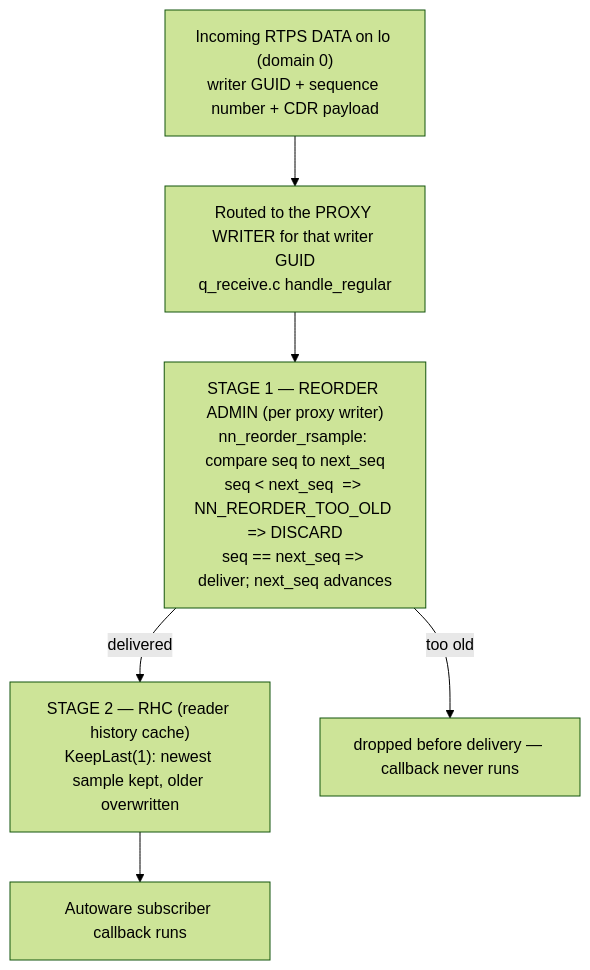
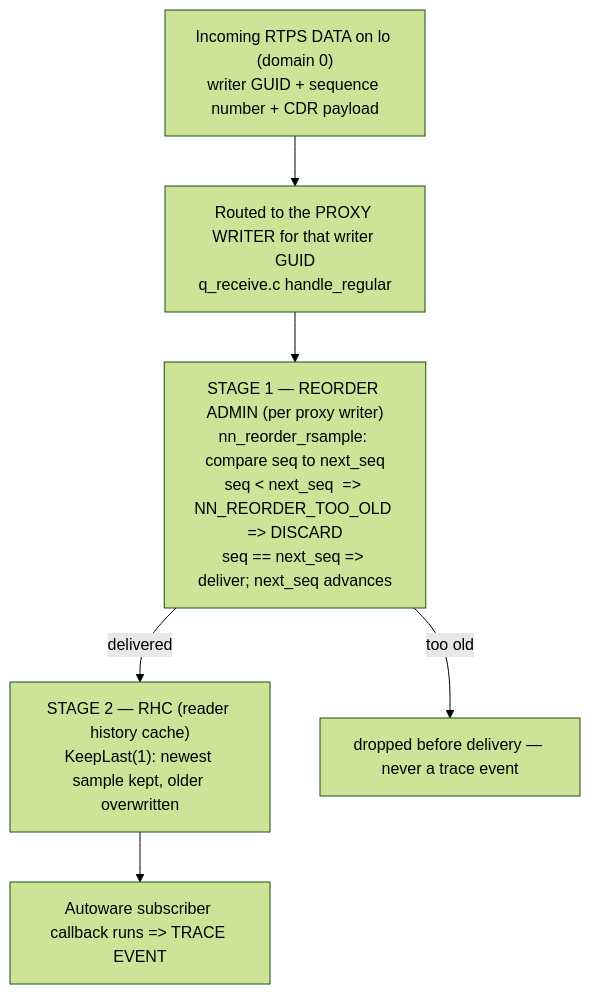
Before and after one commit to jpoanders/autoware-stack-notes: the diagram in awsim-study/reports/task-3-report.md, drawn with Mermaid (forest theme). The commit also changed other lines of this file and 11 other files, not shown here.

````diff
--- a/awsim-study/reports/task-3-report.md
+++ b/awsim-study/reports/task-3-report.md
@@ -95,9 +122,9 @@
 ```mermaid
 flowchart TD
   W["Incoming RTPS DATA on lo (domain 0)\nwriter GUID + sequence number + CDR payload"] --> P
   P["Routed to the PROXY WRITER for that writer GUID\nq_receive.c handle_regular"] --> R
   R["STAGE 1 — REORDER ADMIN (per proxy writer)\nnn_reorder_rsample: compare seq to next_seq\nseq < next_seq  => NN_REORDER_TOO_OLD => DISCARD\nseq == next_seq => deliver; next_seq advances"]
   R -->|delivered| H["STAGE 2 — RHC (reader history cache)\nKeepLast(1): newest sample kept, older overwritten"]
-  H --> C["Autoware subscriber callback runs"]
-  R -->|too old| X["dropped before delivery — callback never runs"]
+  H --> C["Autoware subscriber callback runs => TRACE EVENT"]
+  R -->|too old| X["dropped before delivery — never a trace event"]
 ```
````
